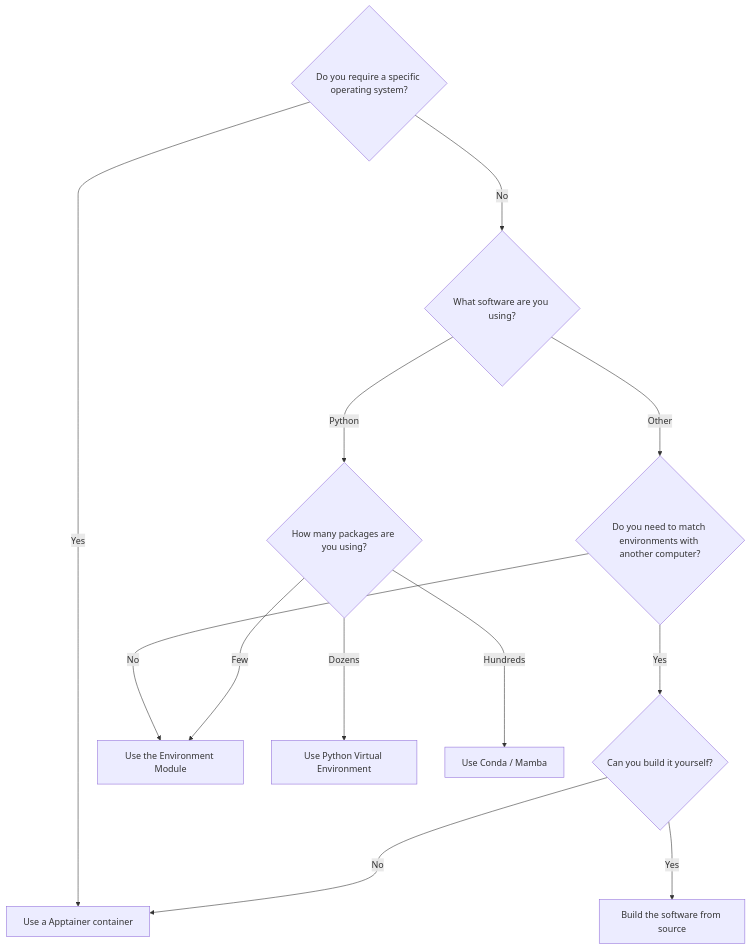
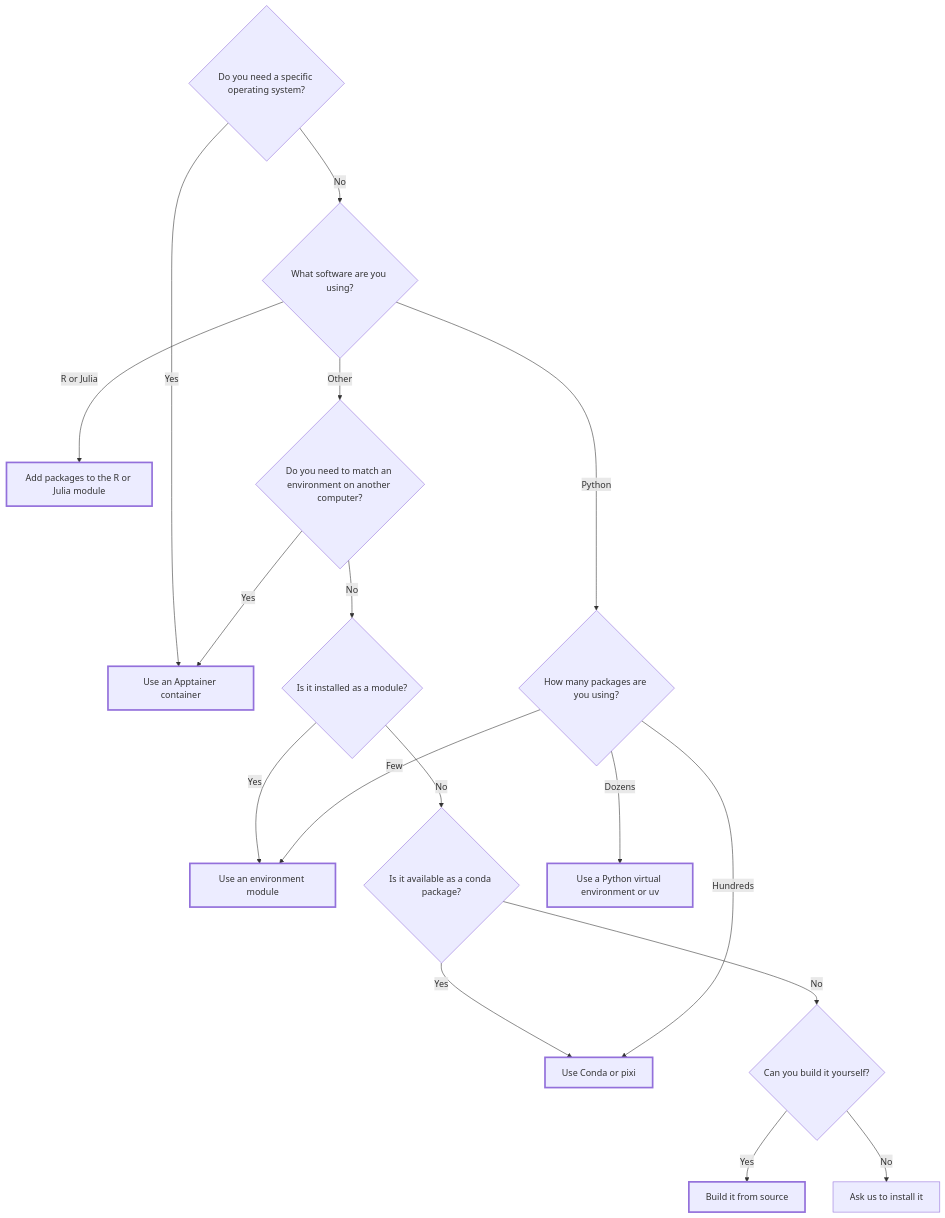
The diagram in docs/Software/Reproducible_Software.md (nesi/support-docs), drawn with Mermaid before and after one commit. The commit also changed other lines of this file and 8 other files, not shown here.

Commit message:
update mermaid

````diff
--- a/docs/Software/Reproducible_Software.md
+++ b/docs/Software/Reproducible_Software.md
@@ -20,29 +18,50 @@
 ```mermaid
 flowchart TD
-        A{"Do you require a specific operating system?"}
-        A -- "Yes" ---> CON
-        A -- "No" ---> B
+    A{"Do you need a specific operating system?"}
+    A -- "Yes" --> CON
+    A -- "No" --> B
 
-        B{"What software are you using?"}
-        B -- "Python" ---> D
-        B -- "Other" ---> C
+    B{"What software are you using?"}
+    B -- "Python" --> D
+    B -- "R or Julia" --> RJ
+    B -- "Other" --> C
 
-        C{"Do you need to match environments with another computer?"}
-        C -- "Yes" ---> E
-        C -- "No" ---> ENVM
+    C{"Do you need to match an environment on another computer?"}
+    C -- "Yes" --> CON
+    C -- "No" --> M
 
-        D{"How many packages are you using?"}
-        D -- "Few" ---> ENVM
-        D -- "Dozens" ---> VENV
-        D -- "Hundreds" ---> CONDA
+    M{"Is it installed as a module?"}
+    M -- "Yes" --> ENVM
+    M -- "No" --> K
 
-        E{"Can you build it yourself?"}
-        E -- "Yes" ---> BLD
-        E -- "No" --->  CON
+    K{"Is it available as a conda package?"}
+    K -- "Yes" --> CONDA
+    K -- "No" --> E
 
-        BLD["Build the software from source"]
-        ENVM["Use the Environment Module"]
-        CON["Use a Apptainer container"]
-        CONDA["Use Conda / Mamba"]
-        VENV["Use Python Virtual Environment"]
+    E{"Can you build it yourself?"}
+    E -- "Yes" --> BLD
+    E -- "No" --> REQ
+
+    D{"How many packages are you using?"}
+    D -- "Few" --> ENVM
+    D -- "Dozens" --> VENV
+    D -- "Hundreds" --> CONDA
+
+    ENVM["Use an environment module"]
+    VENV["Use a Python virtual environment or uv"]
+    CONDA["Use Conda or pixi"]
+    RJ["Add packages to the R or Julia module"]
+    CON["Use an Apptainer container"]
+    BLD["Build it from source"]
+    REQ["Ask us to install it"]
+
+    classDef outcome stroke-width:3px
+    class ENVM,CON,VENV,CONDA,RJ,BLD outcome
+
+    click ENVM "#environment-modules"
+    click CON "#apptainer-containers"
+    click VENV "#python-packages"
+    click CONDA "#conda-environments"
+    click RJ "#r-and-julia-packages"
+    click BLD "#build-from-source"
 ```
````
